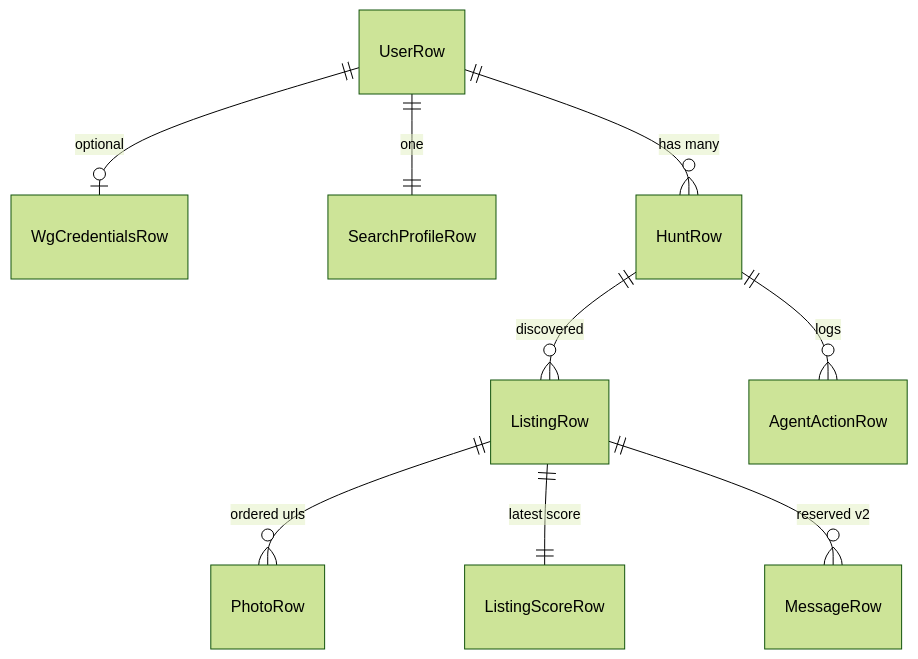
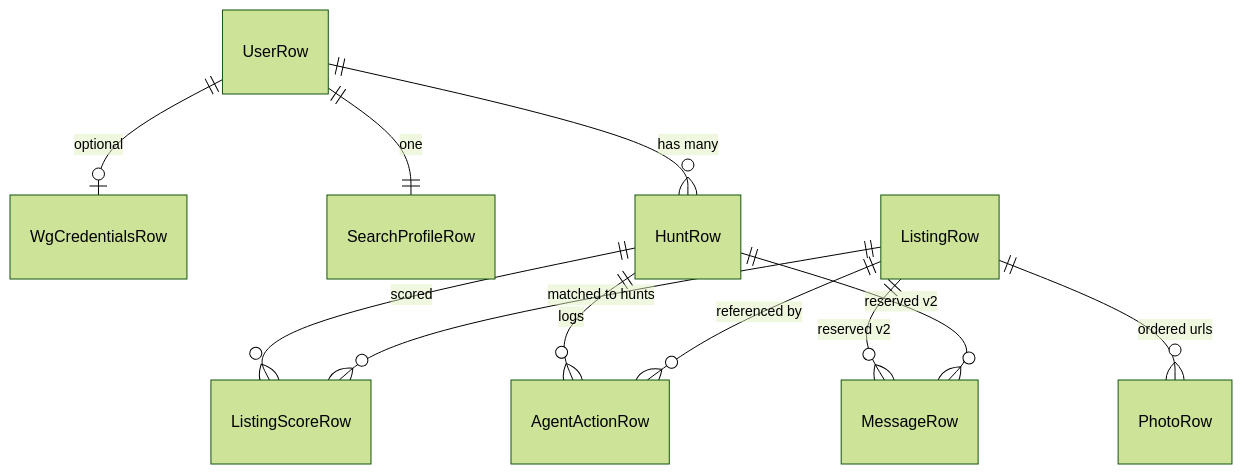
The first of 3 diagrams in docs/DATA_MODEL.md (v-ya-ch-e/tumai-makeathon-2026), drawn with Mermaid (forest theme) before and after one commit. The commit also changed other lines of this file and 35 other files, not shown here.

````diff
--- a/docs/DATA_MODEL.md
+++ b/docs/DATA_MODEL.md
@@ -169,11 +184,13 @@
 ```mermaid
 erDiagram
   UserRow ||--o| WgCredentialsRow : "optional"
   UserRow ||--|| SearchProfileRow : "one"
   UserRow ||--o{ HuntRow : "has many"
-  HuntRow ||--o{ ListingRow : "discovered"
+  HuntRow ||--o{ ListingScoreRow : "scored"
   HuntRow ||--o{ AgentActionRow : "logs"
+  ListingRow ||--o{ ListingScoreRow : "matched to hunts"
   ListingRow ||--o{ PhotoRow : "ordered urls"
-  ListingRow ||--|| ListingScoreRow : "latest score"
+  ListingRow ||--o{ AgentActionRow : "referenced by"
   ListingRow ||--o{ MessageRow : "reserved v2"
+  HuntRow ||--o{ MessageRow : "reserved v2"
 ```
````
